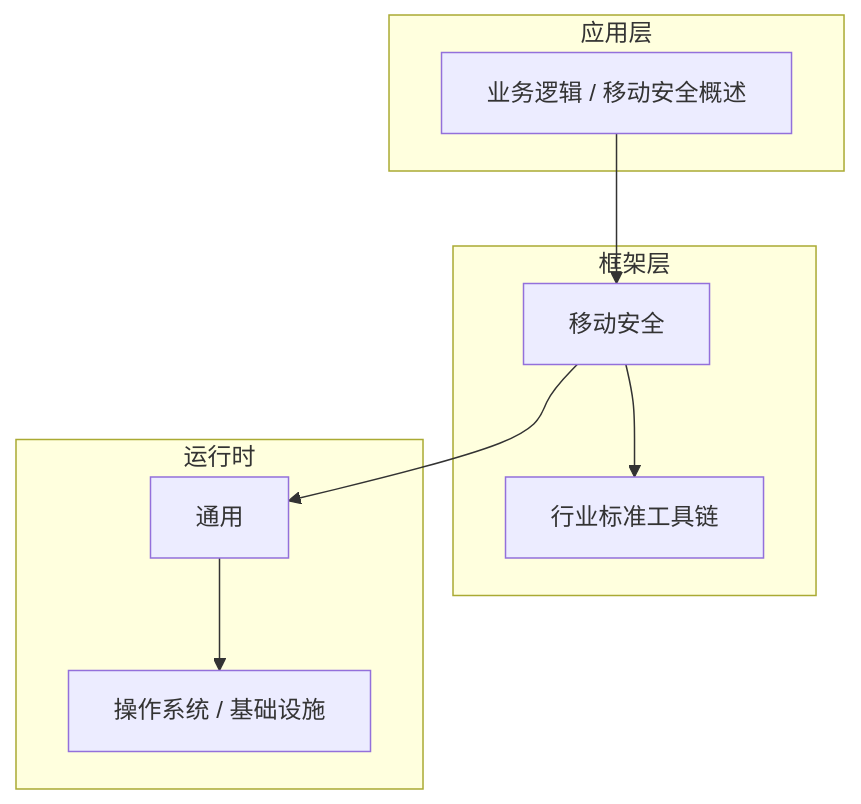
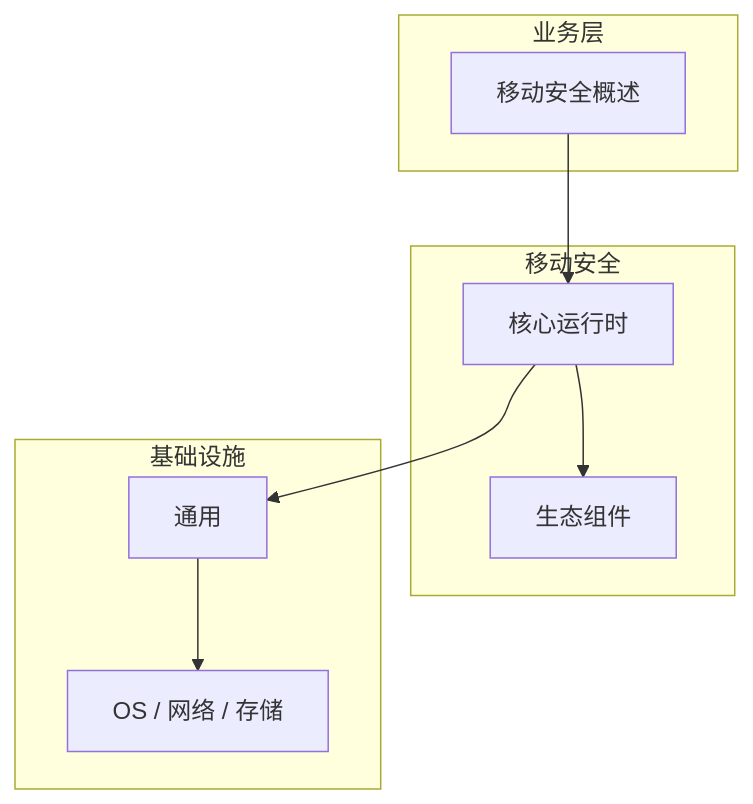
Before and after one commit to yanggan2015/knowledge-json-v2: the diagram in articles/移动安全/chapters/001-移动安全概述核心概念与原理.md, drawn with Mermaid. The commit also changed other lines of this file and 10127 other files, not shown here.

````diff
--- a/articles/移动安全/chapters/001-移动安全概述核心概念与原理.md
+++ b/articles/移动安全/chapters/001-移动安全概述核心概念与原理.md
@@ -46,18 +31,18 @@
 ```mermaid
 graph TB
-    subgraph 应用层
-        A[业务逻辑 / 移动安全概述]
+    subgraph 业务层
+        A[移动安全概述]
     end
-    subgraph 框架层
-        B[移动安全]
-        C[行业标准工具链]
+    subgraph 移动安全
+        B[核心运行时]
+        C[生态组件]
     end
-    subgraph 运行时
+    subgraph 基础设施
         D[通用]
-        E[操作系统 / 基础设施]
+        E[OS / 网络 / 存储]
     end
     A --> B
     B --> C
     B --> D
     D --> E
 ```
````
